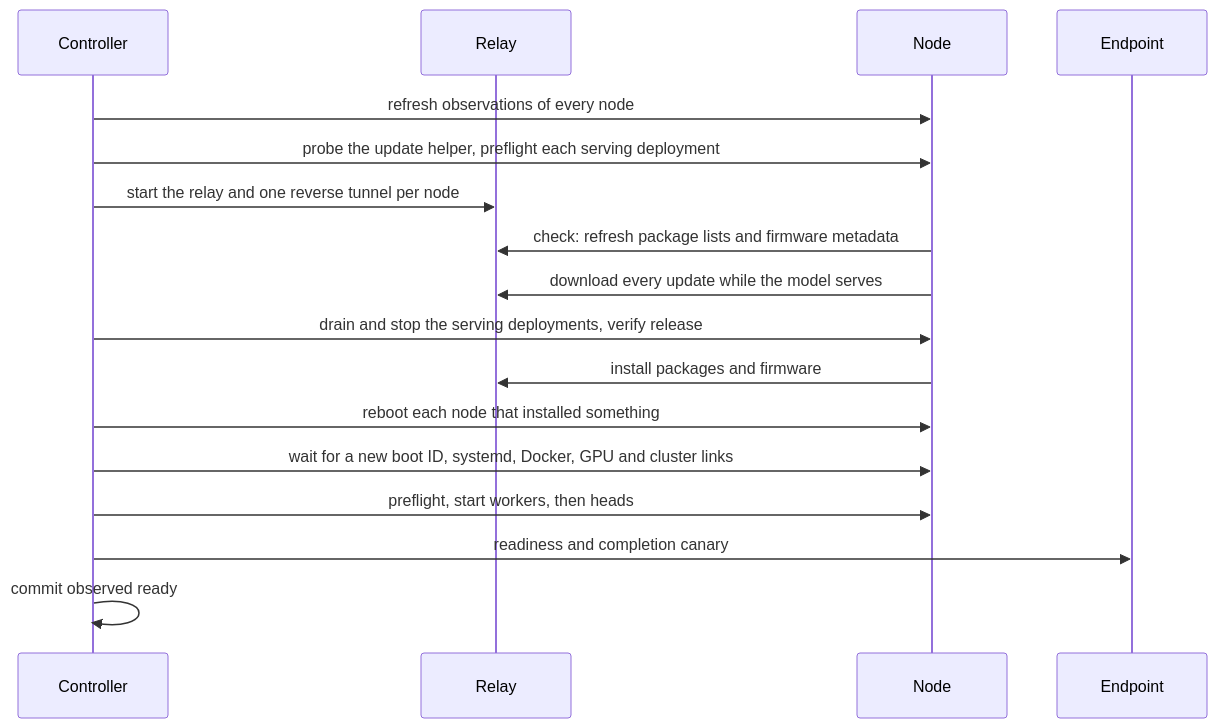
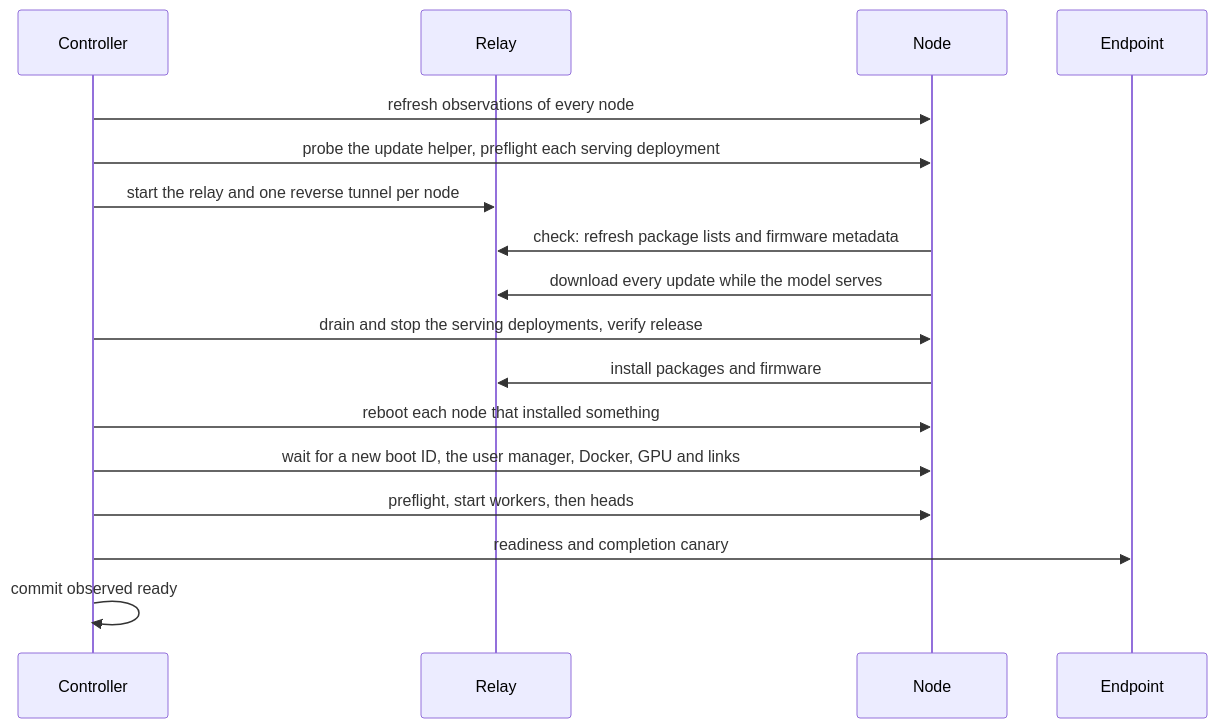
The second of 2 diagrams in docs/OPERATIONS.md (lucamotz/dgx-spark-controller), drawn with Mermaid before and after one commit. The commit also changed other lines of this file and 2 other files, not shown here.

First line of the commit message:
Record the live cluster update test and when a node counts as back

````diff
--- a/docs/OPERATIONS.md
+++ b/docs/OPERATIONS.md
@@ -181,19 +181,19 @@
 ```mermaid
 sequenceDiagram
   participant C as Controller
   participant R as Relay
   participant N as Node
   participant E as Endpoint
   C->>N: refresh observations of every node
   C->>N: probe the update helper, preflight each serving deployment
   C->>R: start the relay and one reverse tunnel per node
   N->>R: check: refresh package lists and firmware metadata
   N->>R: download every update while the model serves
   C->>N: drain and stop the serving deployments, verify release
   N->>R: install packages and firmware
   C->>N: reboot each node that installed something
-  C->>N: wait for a new boot ID, systemd, Docker, GPU and cluster links
+  C->>N: wait for a new boot ID, the user manager, Docker, GPU and links
   C->>N: preflight, start workers, then heads
   C->>E: readiness and completion canary
   C->>C: commit observed ready
 ```
````
